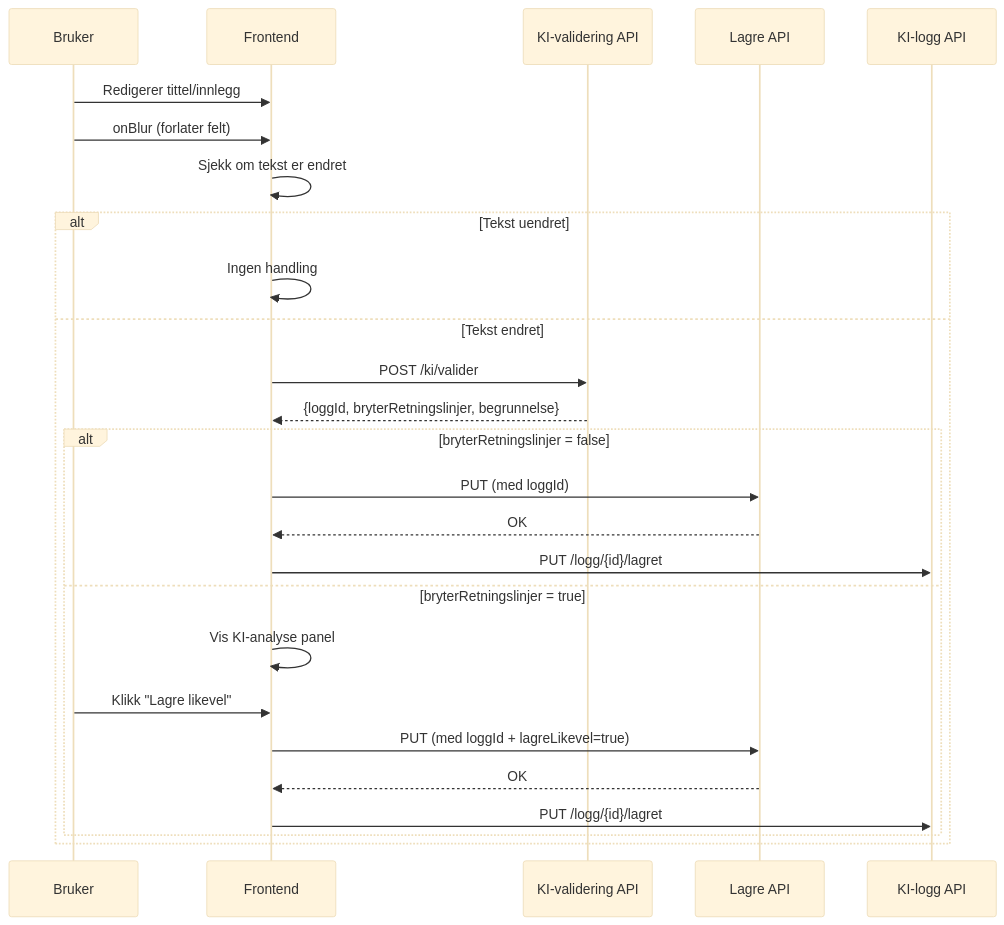
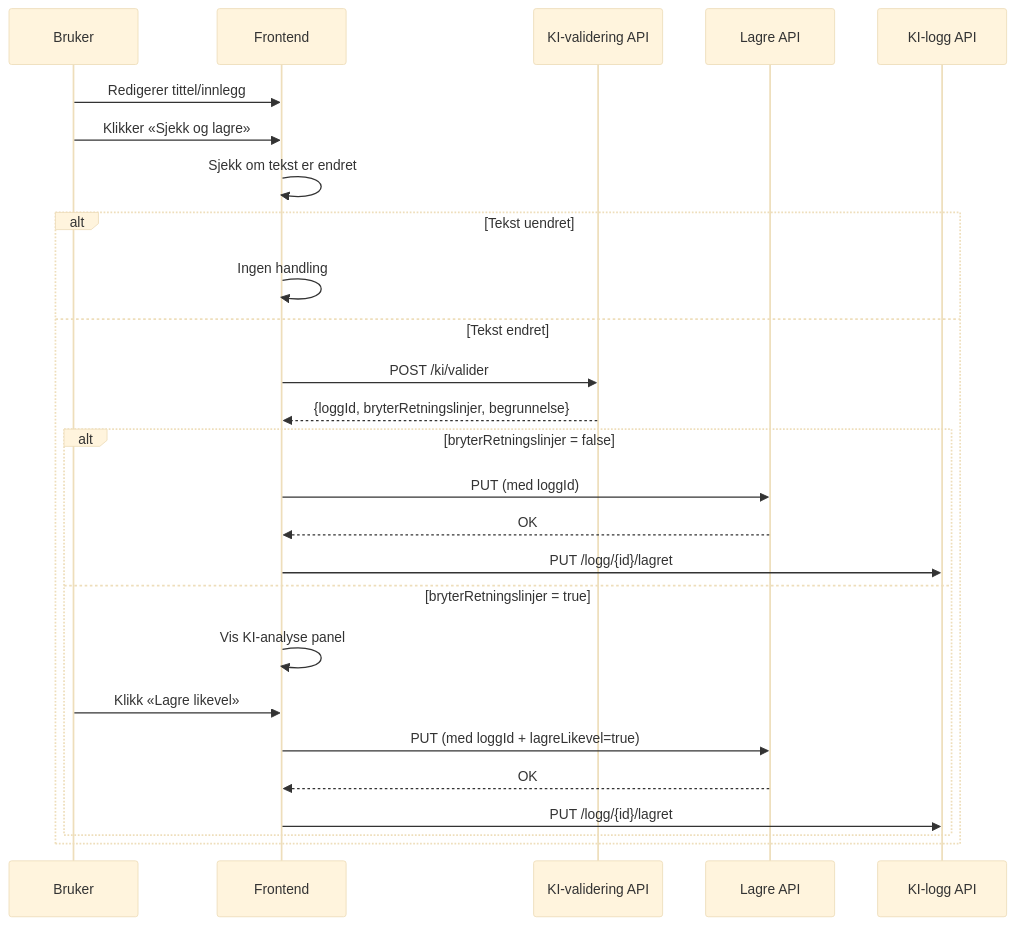
The third of 5 diagrams in docs/5-ki/ki-tekstvalidering.md (navikt/rekrutteringstreff-backend), drawn with Mermaid (base theme) before and after one commit. The commit also changed other lines of this file, not shown here.

````diff
--- a/docs/5-ki/ki-tekstvalidering.md
+++ b/docs/5-ki/ki-tekstvalidering.md
@@ -232,31 +239,31 @@
 ```mermaid
 sequenceDiagram
     participant Bruker
     participant Frontend
     participant KI_API as KI-validering API
     participant Lagre_API as Lagre API
     participant KI_Logg as KI-logg API
 
     Bruker->>Frontend: Redigerer tittel/innlegg
-    Bruker->>Frontend: onBlur (forlater felt)
+    Bruker->>Frontend: Klikker «Sjekk og lagre»
 
     Frontend->>Frontend: Sjekk om tekst er endret
     alt Tekst uendret
         Frontend->>Frontend: Ingen handling
     else Tekst endret
         Frontend->>KI_API: POST /ki/valider
         KI_API-->>Frontend: {loggId, bryterRetningslinjer, begrunnelse}
 
         alt bryterRetningslinjer = false
             Frontend->>Lagre_API: PUT (med loggId)
             Lagre_API-->>Frontend: OK
             Frontend->>KI_Logg: PUT /logg/{id}/lagret
         else bryterRetningslinjer = true
             Frontend->>Frontend: Vis KI-analyse panel
-            Bruker->>Frontend: Klikk "Lagre likevel"
+            Bruker->>Frontend: Klikk «Lagre likevel»
             Frontend->>Lagre_API: PUT (med loggId + lagreLikevel=true)
             Lagre_API-->>Frontend: OK
             Frontend->>KI_Logg: PUT /logg/{id}/lagret
         end
     end
 ```
````
